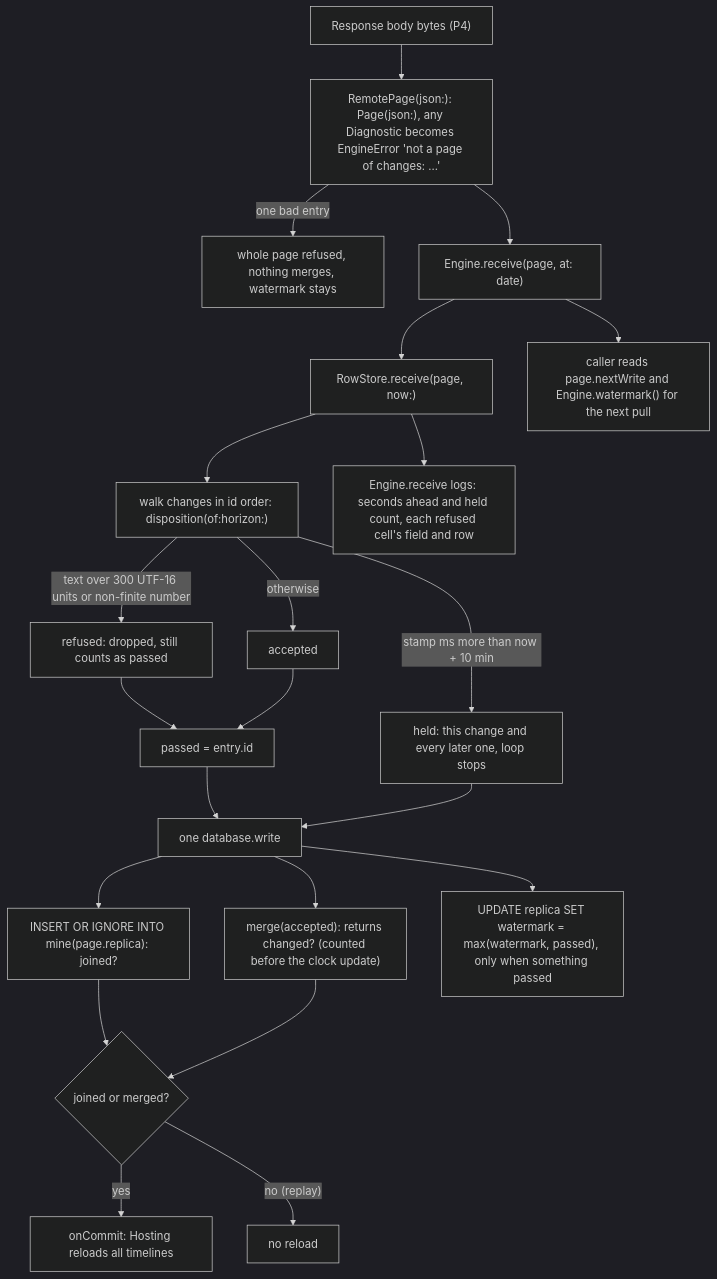
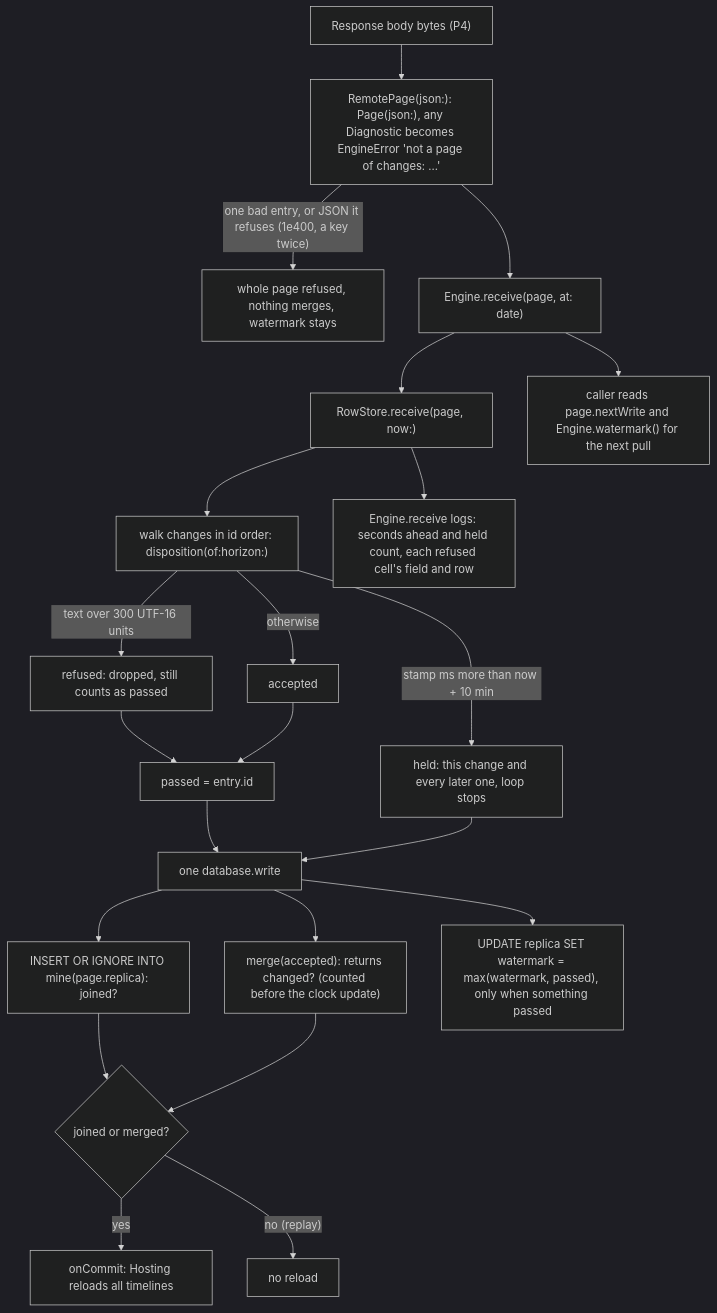
The first of 7 diagrams in docs/pr/22-phase-3-p1-engine.md (Krutik460/Widgie), drawn with Mermaid (dark theme) before and after one commit. The commit also changed other lines of this file and 11 other files, not shown here.

First line of the commit message:
Review fixes for P1: the payload never leaves a widget out, and the vectors name why each bad case is refused

````diff
--- a/docs/pr/22-phase-3-p1-engine.md
+++ b/docs/pr/22-phase-3-p1-engine.md
@@ -24,24 +24,24 @@
 ```mermaid
 flowchart TD
   BODY["Response body bytes (P4)"] --> RP["RemotePage(json:): Page(json:), any Diagnostic becomes EngineError 'not a page of changes: ...'"]
-  RP -->|"one bad entry"| REFUSE["whole page refused, nothing merges, watermark stays"]
+  RP -->|"one bad entry, or JSON it refuses (1e400, a key twice)"| REFUSE["whole page refused, nothing merges, watermark stays"]
   RP --> ER["Engine.receive(page, at: date)"]
   ER --> RS["RowStore.receive(page, now:)"]
   RS --> WALK["walk changes in id order: disposition(of:horizon:)"]
   WALK -->|"stamp ms more than now + 10 min"| HELD["held: this change and every later one, loop stops"]
-  WALK -->|"text over 300 UTF-16 units or non-finite number"| REF["refused: dropped, still counts as passed"]
+  WALK -->|"text over 300 UTF-16 units"| REF["refused: dropped, still counts as passed"]
   WALK -->|"otherwise"| ACC["accepted"]
   REF --> PASSED["passed = entry.id"]
   ACC --> PASSED
   PASSED --> TX["one database.write"]
   HELD --> TX
   TX --> MINE["INSERT OR IGNORE INTO mine(page.replica): joined?"]
   TX --> MERGE["merge(accepted): returns changed? (counted before the clock update)"]
   TX --> WM["UPDATE replica SET watermark = max(watermark, passed), only when something passed"]
   MINE --> COMMIT{"joined or merged?"}
   MERGE --> COMMIT
   COMMIT -->|"yes"| HOOK["onCommit: Hosting reloads all timelines"]
   COMMIT -->|"no (replay)"| QUIET["no reload"]
   RS --> LOG["Engine.receive logs: seconds ahead and held count, each refused cell's field and row"]
   ER --> NEXT["caller reads page.nextWrite and Engine.watermark() for the next pull"]
 ```
````
